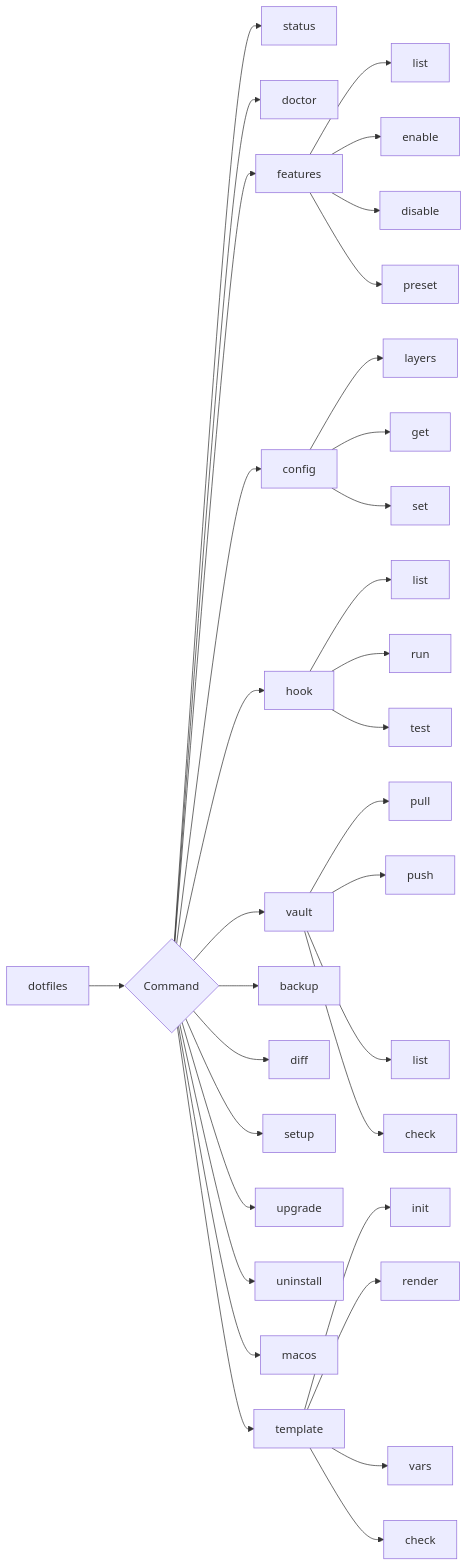
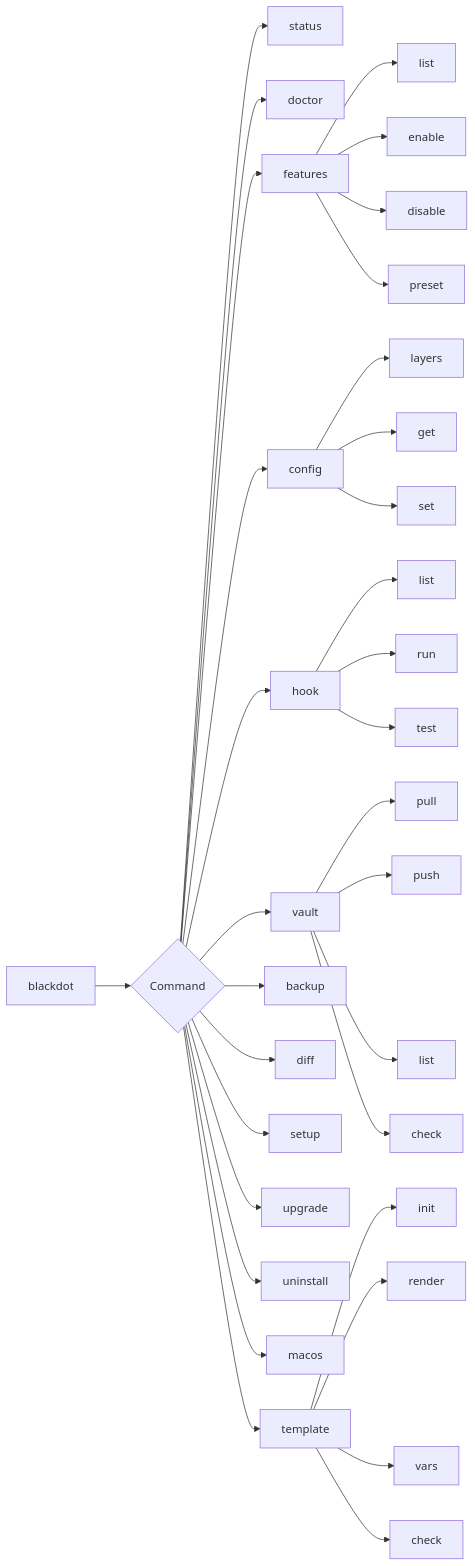
The third of 10 diagrams in docs/architecture.md (blackwell-systems/blackdot), drawn with Mermaid before and after one commit. The commit also changed other lines of this file and 1 other file, not shown here.

First line of the commit message:
docs: Update CLAUDE.md and architecture.md to reflect Go-first architecture

````diff
--- a/docs/architecture.md
+++ b/docs/architecture.md
@@ -241,40 +246,40 @@
 ```mermaid
 graph LR
-    A[dotfiles] --> B{Command}
+    A[blackdot] --> B{Command}
     B --> C[status]
     B --> D[doctor]
     B --> M[features]
     B --> N[config]
     B --> O[hook]
     B --> E[vault]
     B --> F[backup]
     B --> G[diff]
     B --> H[setup]
     B --> I[upgrade]
     B --> J[uninstall]
     B --> K[macos]
     B --> L[template]
 
     M --> M1[list]
     M --> M2[enable]
     M --> M3[disable]
     M --> M4[preset]
 
     N --> N1[layers]
     N --> N2[get]
     N --> N3[set]
 
     O --> O1[list]
     O --> O2[run]
     O --> O3[test]
 
     E --> E1[pull]
     E --> E2[push]
     E --> E3[list]
     E --> E4[check]
 
     L --> L1[init]
     L --> L2[render]
     L --> L3[vars]
     L --> L4[check]
 ```
````
